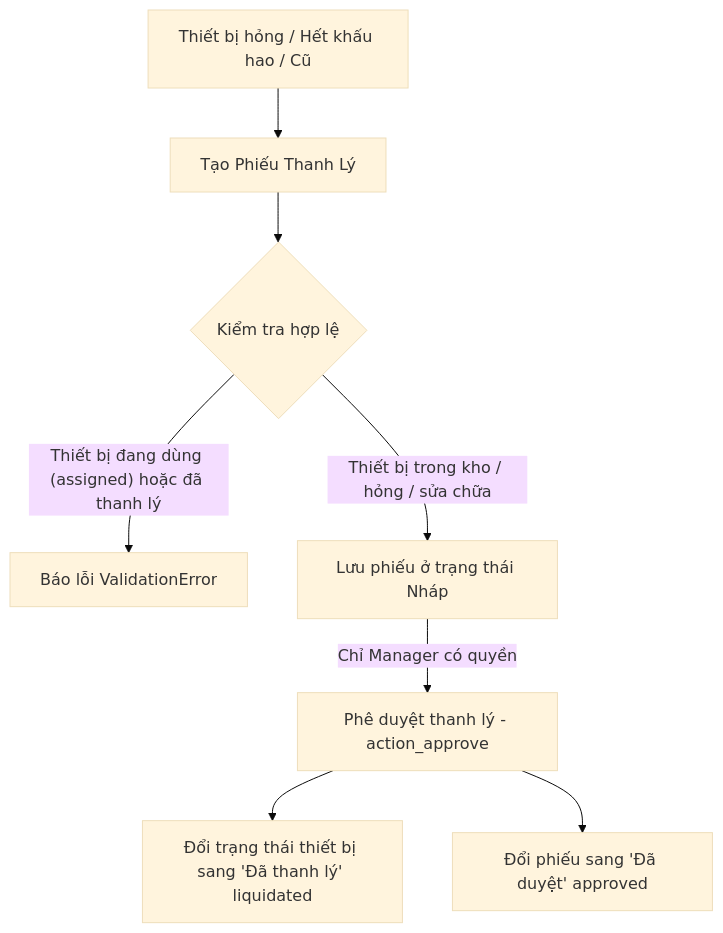
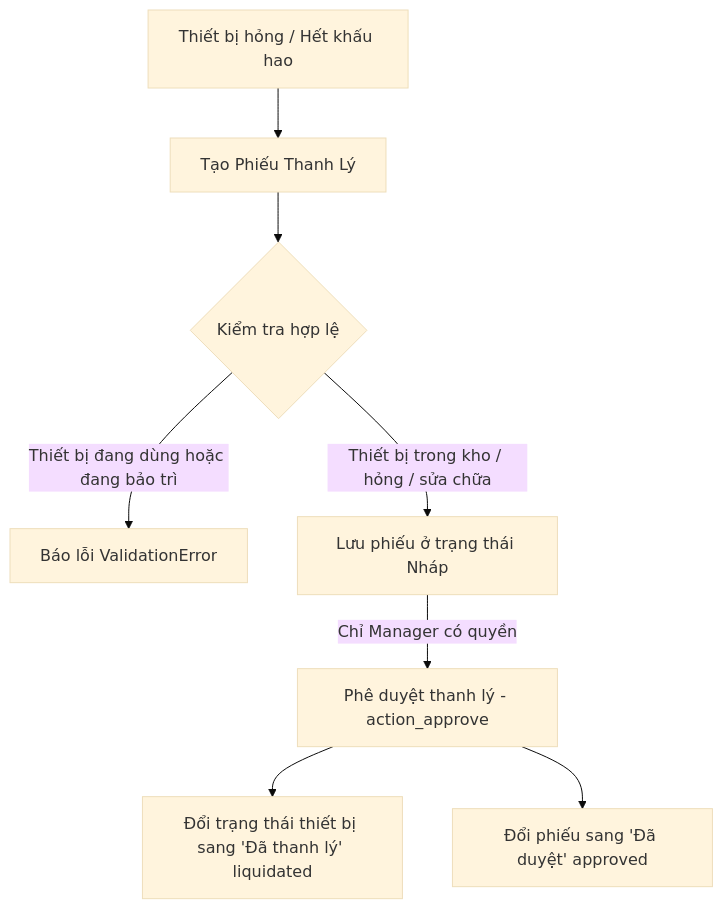
One commit to ShibaDeku99/odoo-company-equipment changed the fifth of 5 diagrams in README.md. Above: the diagram before and after it, drawn with Mermaid (base theme). The commit also changed other lines of this file, not shown here.

Commit message:
docs: enrich README.md with full workflow diagrams, badges, and test guides

````diff
--- a/README.md
+++ b/README.md
@@ -157,10 +170,10 @@
 ```mermaid
 flowchart TD
-    Start[Thiết bị hỏng / Hết khấu hao / Cũ] --> Create[Tạo Phiếu Thanh Lý]
+    Start[Thiết bị hỏng / Hết khấu hao] --> Create[Tạo Phiếu Thanh Lý]
     Create --> Check{Kiểm tra hợp lệ}
-    Check -- Thiết bị đang dùng (assigned) hoặc đã thanh lý --> Reject[Báo lỗi ValidationError]
+    Check -- Thiết bị đang dùng hoặc đang bảo trì --> Reject[Báo lỗi ValidationError]
     Check -- Thiết bị trong kho / hỏng / sửa chữa --> Draft[Lưu phiếu ở trạng thái Nháp]
     Draft -->|Chỉ Manager có quyền| Approve[Phê duyệt thanh lý - action_approve]
     Approve --> UpdateState[Đổi trạng thái thiết bị sang 'Đã thanh lý' liquidated]
     Approve --> DoneState[Đổi phiếu sang 'Đã duyệt' approved]
 ```
````
